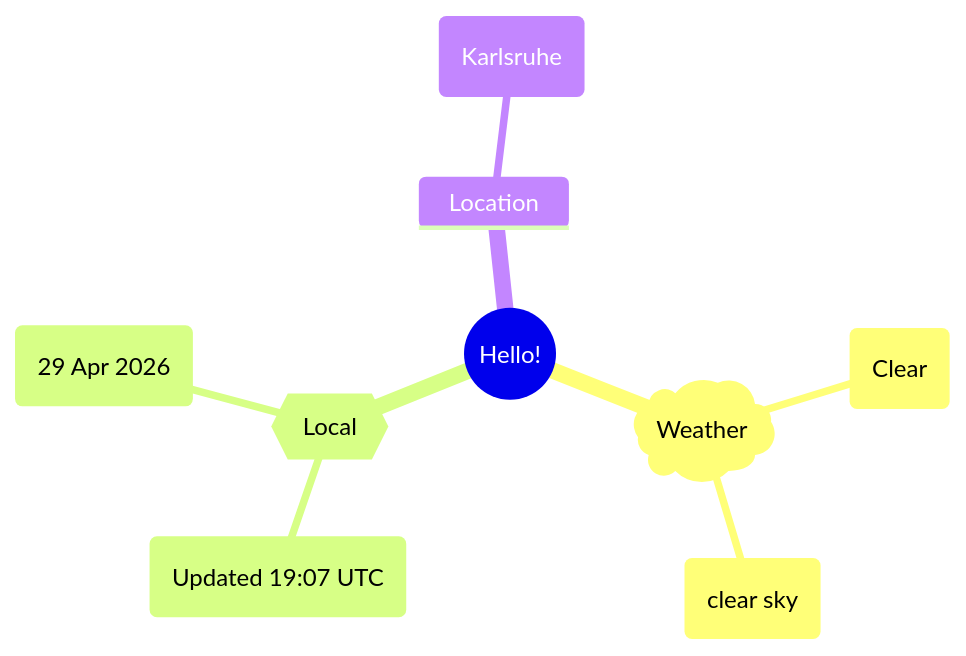
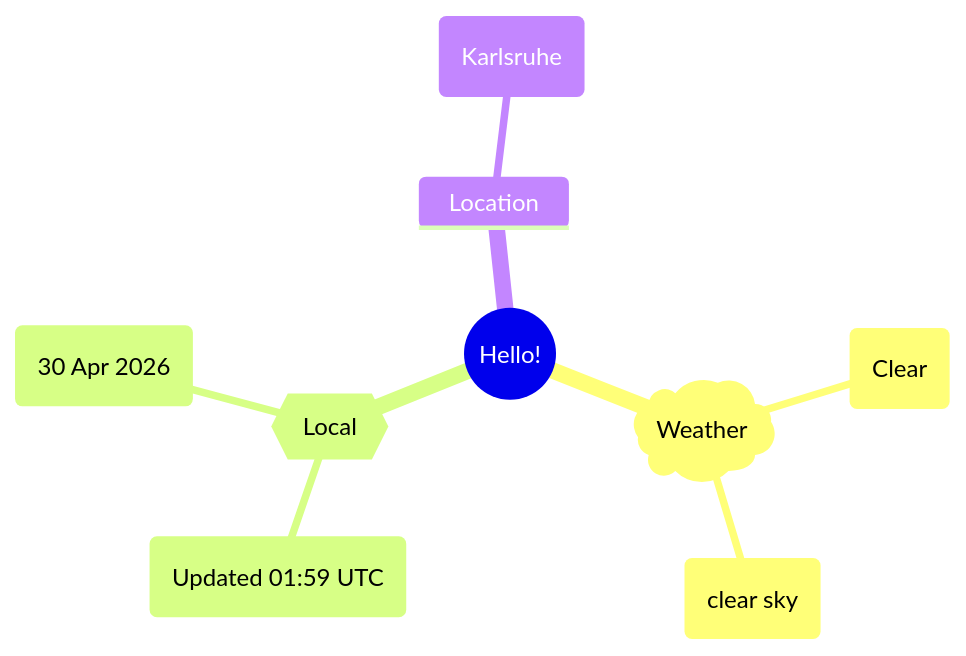
Before and after one commit to Xosrov/Xosrov: the first of 2 diagrams in README.md, drawn with Mermaid.

Commit message:
[bot] updated images

````diff
--- a/README.md
+++ b/README.md
@@ -3,12 +3,12 @@
 ```mermaid
 mindmap
   root((Hello!))
     )Weather(
         (Clear)
         (clear sky)
     {{Local}}
-        (Updated 19:07 UTC)
-        (29 Apr 2026)
+        (Updated 01:59 UTC)
+        (30 Apr 2026)
     Location
         (Karlsruhe)
 ```
````
